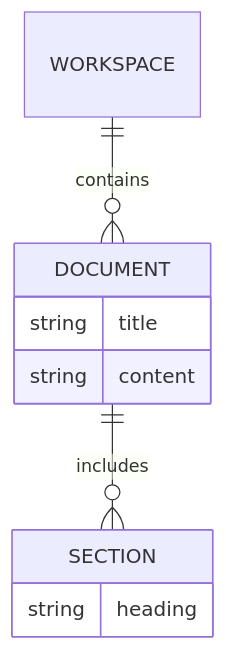
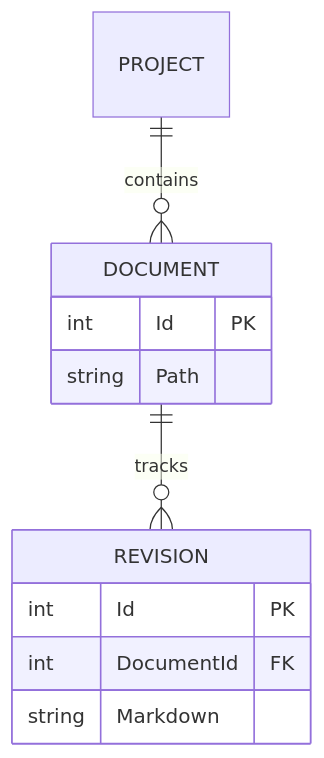
Before and after one commit to dotnet9/Vex: the tenth of 24 diagrams in docs/演示文档/Mermaid 图表图鉴.md, drawn with Mermaid. The commit also changed other lines of this file and 23 other files, not shown here.

Commit message:
完善(演示文档)：围绕 .NET 与 Avalonia 重编示例并补齐 24 类图表

````diff
--- a/docs/演示文档/Mermaid 图表图鉴.md
+++ b/docs/演示文档/Mermaid 图表图鉴.md
@@ -135,12 +138,14 @@
 ```mermaid
 erDiagram
-  WORKSPACE ||--o{ DOCUMENT : contains
-  DOCUMENT ||--o{ SECTION : includes
+  PROJECT ||--o{ DOCUMENT : contains
+  DOCUMENT ||--o{ REVISION : tracks
   DOCUMENT {
-    string title
-    string content
+    int Id PK
+    string Path
   }
-  SECTION {
-    string heading
+  REVISION {
+    int Id PK
+    int DocumentId FK
+    string Markdown
   }
 ```
````
